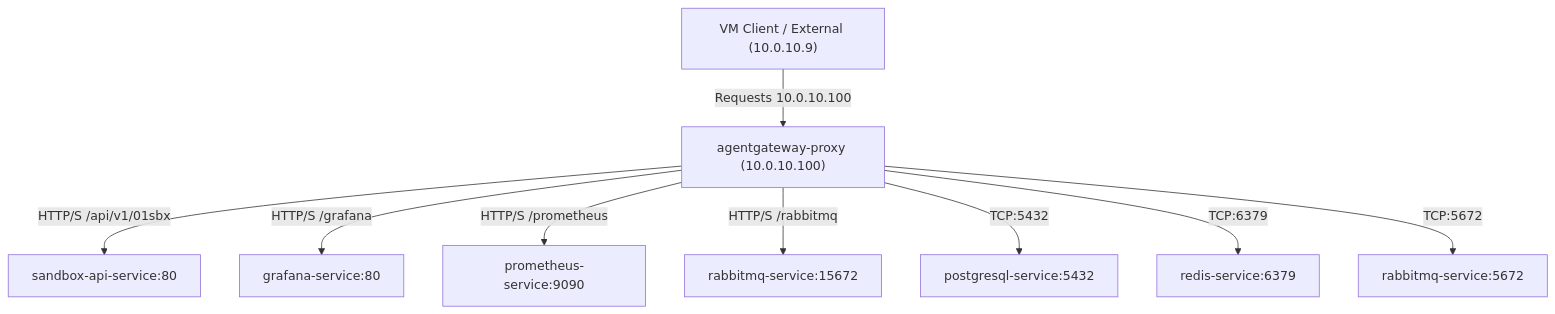
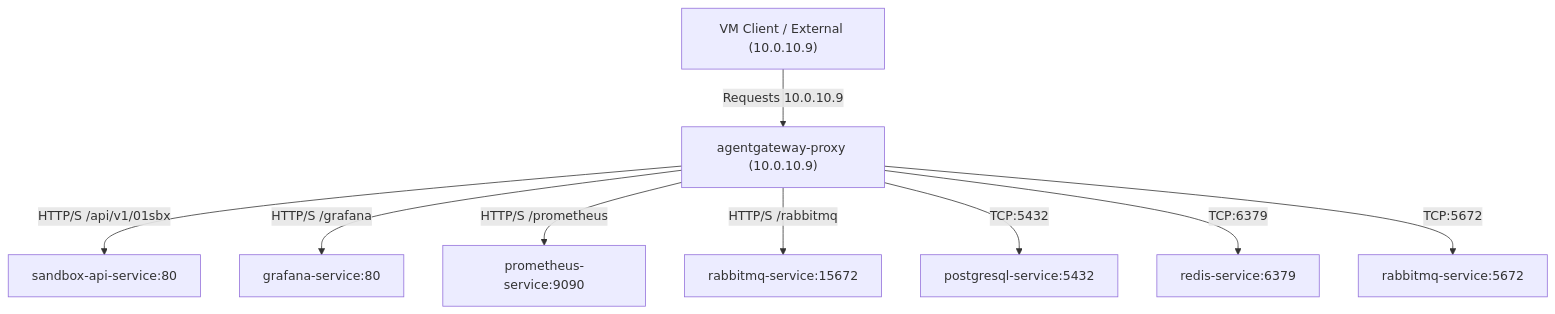
The diagram in docs/agentgateway/gateway.md (01cloud/01-Sandbox), drawn with Mermaid before and after one commit. The commit also changed other lines of this file and 17 other files, not shown here.

````diff
--- a/docs/agentgateway/gateway.md
+++ b/docs/agentgateway/gateway.md
@@ -11,13 +11,13 @@
 ```mermaid
 graph TD
-    Client["VM Client / External (10.0.10.9)"] -->|Requests 10.0.10.100| Proxy["agentgateway-proxy (10.0.10.100)"]
+    Client["VM Client / External (10.0.10.9)"] -->|Requests 10.0.10.9| Proxy["agentgateway-proxy (10.0.10.9)"]
 
     Proxy -->|HTTP/S /api/v1/01sbx| APIServer["sandbox-api-service:80"]
     Proxy -->|HTTP/S /grafana| Grafana["grafana-service:80"]
     Proxy -->|HTTP/S /prometheus| Prometheus["prometheus-service:9090"]
     Proxy -->|HTTP/S /rabbitmq| RabbitMQMgmt["rabbitmq-service:15672"]
 
     Proxy -->|TCP:5432| Postgres["postgresql-service:5432"]
     Proxy -->|TCP:6379| Redis["redis-service:6379"]
     Proxy -->|TCP:5672| RabbitMQAMQP["rabbitmq-service:5672"]
 ```
````
